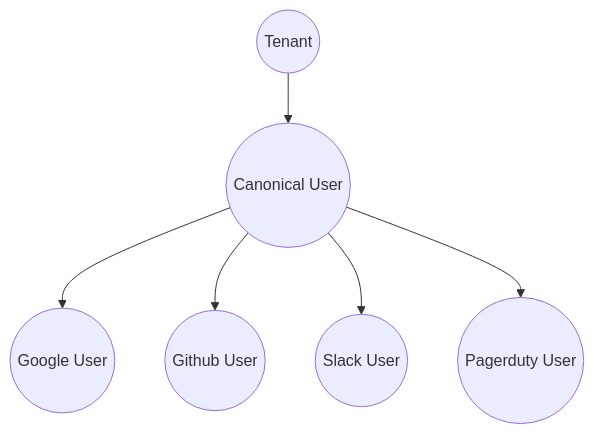
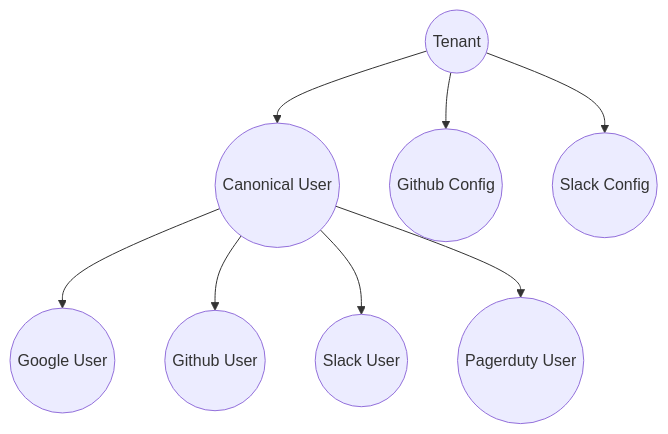
Before and after one commit to RyanFrantz/relatable-exploration: the diagram in docs/domain-model.md, drawn with Mermaid. The commit also changed other lines of this file, not shown here.

````diff
--- a/docs/domain-model.md
+++ b/docs/domain-model.md
@@ -3,7 +3,9 @@
 ```mermaid
   graph TD
     Tenant((Tenant))-->CanonicalUser((Canonical User))-->GoogleUser((Google User))
     CanonicalUser((Canonical User))-->GithubUser((Github User))
     CanonicalUser((Canonical User))-->SlackUser((Slack User))
     CanonicalUser((Canonical User))-->PagerdutyUser((Pagerduty User))
+    Tenant-->GithubConfig((Github Config))
+    Tenant-->SlackConfig((Slack Config))
 ```
````
